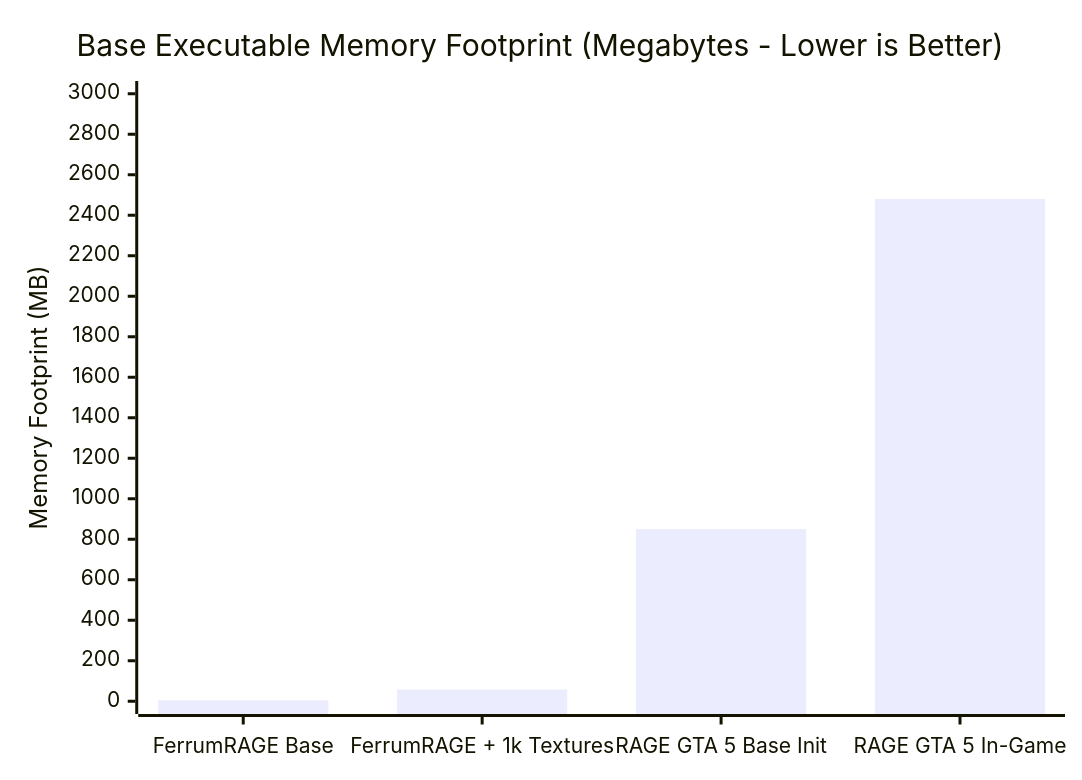
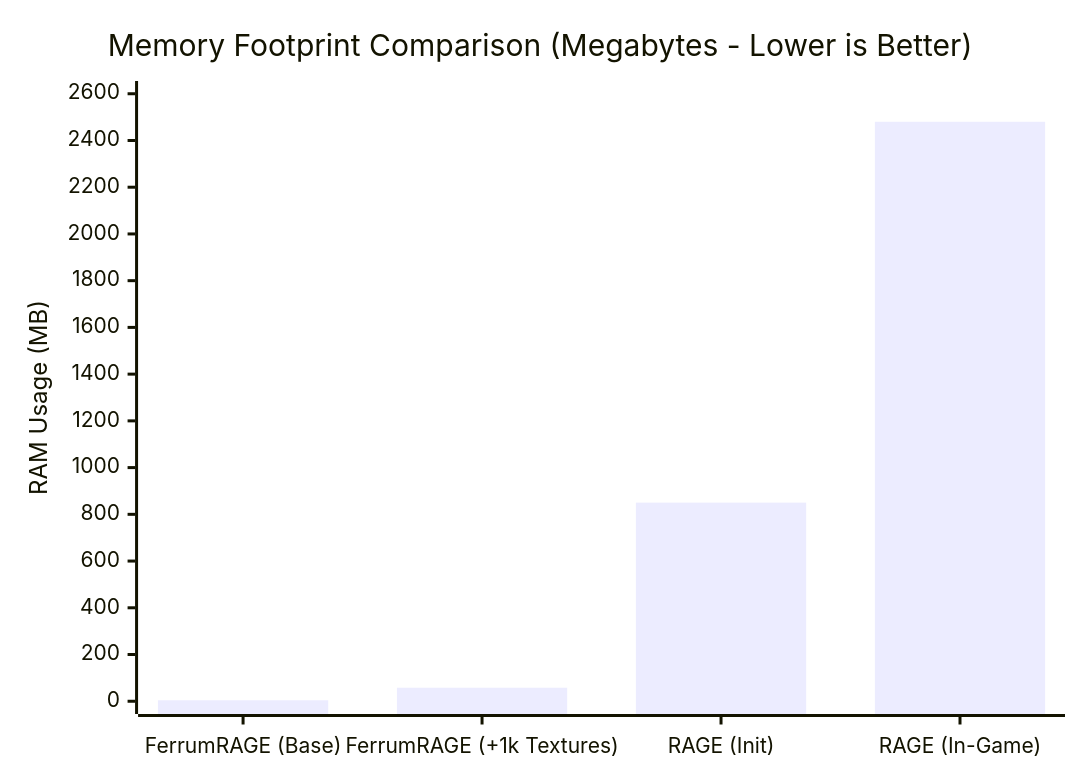
The third of 6 diagrams in BENCHMARKS.md (steoward/Ferge), drawn with Mermaid before and after one commit. The commit also changed other lines of this file and 1 other file, not shown here.

Commit message:
docs(benchmarks): add explicit color legend, streamline x-axis labels, and add high-contrast comparison tables

````diff
--- a/BENCHMARKS.md
+++ b/BENCHMARKS.md
@@ -20,7 +54,7 @@
 ```mermaid
 xychart-beta
-    title "Base Executable Memory Footprint (Megabytes - Lower is Better)"
-    x-axis ["FerrumRAGE Base", "FerrumRAGE + 1k Textures", "RAGE GTA 5 Base Init", "RAGE GTA 5 In-Game"]
-    y-axis "Memory Footprint (MB)" 0 --> 3000
+    title "Memory Footprint Comparison (Megabytes - Lower is Better)"
+    x-axis ["FerrumRAGE (Base)", "FerrumRAGE (+1k Textures)", "RAGE (Init)", "RAGE (In-Game)"]
+    y-axis "RAM Usage (MB)" 0 --> 2600
     bar [4.2, 57.9, 850.0, 2480.0]
 ```
````
